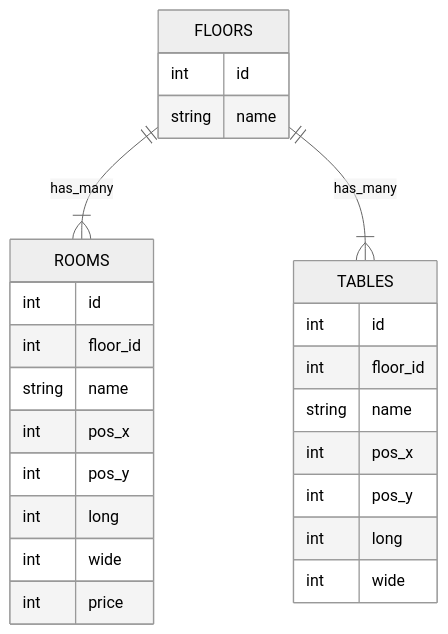
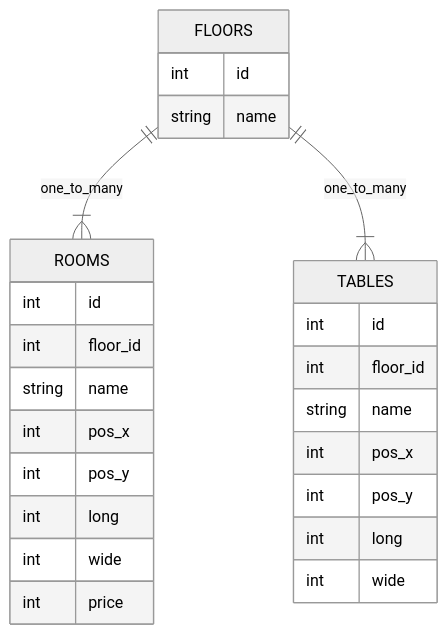
Before and after one commit to aasumitro/posbe: the diagram in internal/store/ENTITY_DIAGRAM.md, drawn with Mermaid (neutral theme). The commit also changed 19 other files, not shown here.

````diff
--- a/internal/store/ENTITY_DIAGRAM.md
+++ b/internal/store/ENTITY_DIAGRAM.md
@@ -3,30 +3,31 @@
 ```mermaid
 erDiagram
-    FLOORS ||--|{ ROOMS : has_many
-    FLOORS ||--|{ TABLES : has_many
     FLOORS {
         int id
         string name
     }
     
     ROOMS {
         int id
         int floor_id
         string name
         int pos_x
         int pos_y
         int long
         int wide
         int price
     }
     
     TABLES {
         int id
         int floor_id
         string name
         int pos_x
         int pos_y
         int long
         int wide
     }  
+    
+    FLOORS ||--|{ ROOMS : one_to_many
+    FLOORS ||--|{ TABLES : one_to_many
 ```
````
